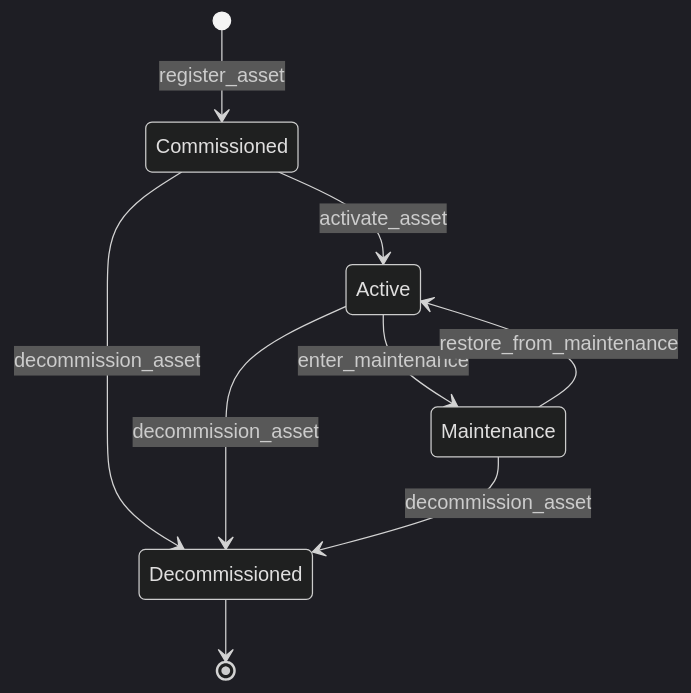
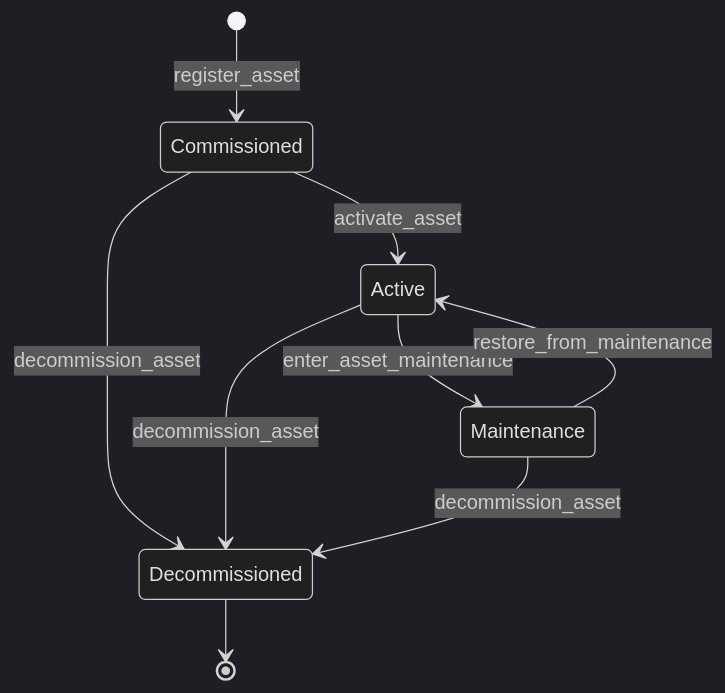
The second of 2 diagrams in docs/architecture/modules/equipment/index.md (mittoalb/cora), drawn with Mermaid (dark theme) before and after one commit. The commit also changed other lines of this file and 44 other files, not shown here.

First line of the commit message:
refactor(equipment): carry asset subject into enter/exit maintenance slice + command + MCP tool name

````diff
--- a/docs/architecture/modules/equipment/index.md
+++ b/docs/architecture/modules/equipment/index.md
@@ -82,11 +82,11 @@
 ```mermaid
 stateDiagram-v2
     [*] --> Commissioned: register_asset
     Commissioned --> Active: activate_asset
-    Active --> Maintenance: enter_maintenance
+    Active --> Maintenance: enter_asset_maintenance
     Maintenance --> Active: restore_from_maintenance
     Commissioned --> Decommissioned: decommission_asset
     Active --> Decommissioned: decommission_asset
     Maintenance --> Decommissioned: decommission_asset
     Decommissioned --> [*]
 ```
````
